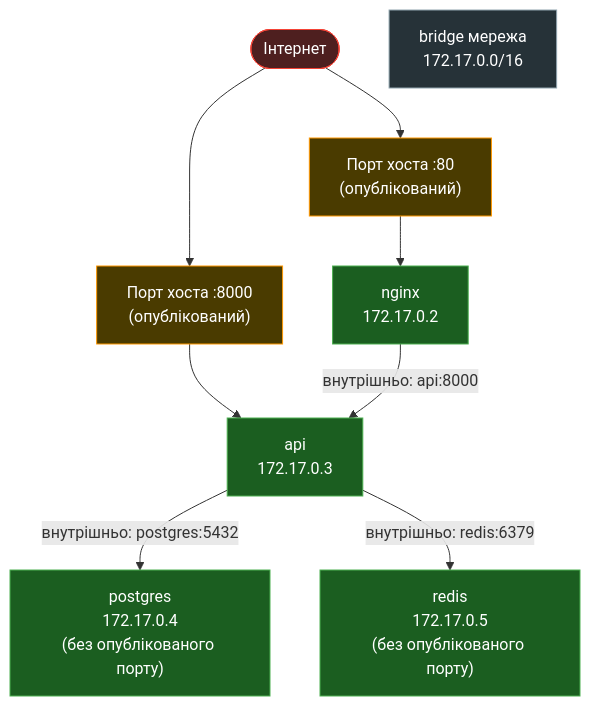
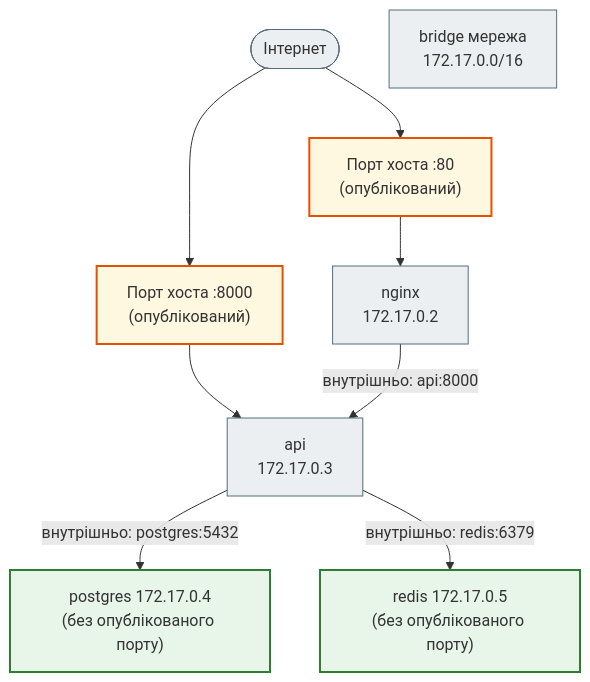
The fifth of 5 diagrams in docs/10_linux_and_devops/docker_guide.md (NikoriakViktot/notes_chat_app), drawn with Mermaid before and after one commit. The commit also changed other lines of this file and 441 other files, not shown here.

First line of the commit message:
Add English version of the book, Mermaid standard, docs fixes

````diff
--- a/docs/10_linux_and_devops/docker_guide.md
+++ b/docs/10_linux_and_devops/docker_guide.md
@@ -828,22 +837,24 @@
 ```mermaid
 flowchart TD
-    classDef host fill:#4a3b00,stroke:#ff9800,color:#fff
-    classDef network fill:#263238,stroke:#90a4ae,color:#fff
-    classDef container fill:#1b5e20,stroke:#4caf50,color:#fff
-    classDef external fill:#4e1f1f,stroke:#f44336,color:#fff
-
-    Internet([Інтернет]):::external
-    HostPort["Порт хоста :80\n(опублікований)"]:::host
-    HostPort2["Порт хоста :8000\n(опублікований)"]:::host
-    Bridge["bridge мережа\n172.17.0.0/16"]:::network
-    Nginx["nginx\n172.17.0.2"]:::container
-    API["api\n172.17.0.3"]:::container
-    DB["postgres\n172.17.0.4\n(без опублікованого порту)"]:::container
-    Redis["redis\n172.17.0.5\n(без опублікованого порту)"]:::container
+    Internet(["Інтернет"])
+    HostPort["Порт хоста :80<br>(опублікований)"]
+    HostPort2["Порт хоста :8000<br>(опублікований)"]
+    Bridge["bridge мережа<br>172.17.0.0/16"]
+    Nginx["nginx<br>172.17.0.2"]
+    API["api<br>172.17.0.3"]
+    DB["postgres 172.17.0.4<br>(без опублікованого порту)"]
+    Redis["redis 172.17.0.5<br>(без опублікованого порту)"]
 
     Internet --> HostPort --> Nginx
     Internet --> HostPort2 --> API
     Nginx -->|внутрішньо: api:8000| API
     API -->|внутрішньо: postgres:5432| DB
     API -->|внутрішньо: redis:6379| Redis
+
+    classDef step     fill:#eceff1,stroke:#546e7a,stroke-width:1px;
+    classDef success  fill:#e8f5e9,stroke:#2e7d32,stroke-width:2px;
+    classDef warning  fill:#fff8e1,stroke:#e65100,stroke-width:2px;
+    class Internet,Bridge,Nginx,API step;
+    class DB,Redis success;
+    class HostPort,HostPort2 warning;
 ```
````
